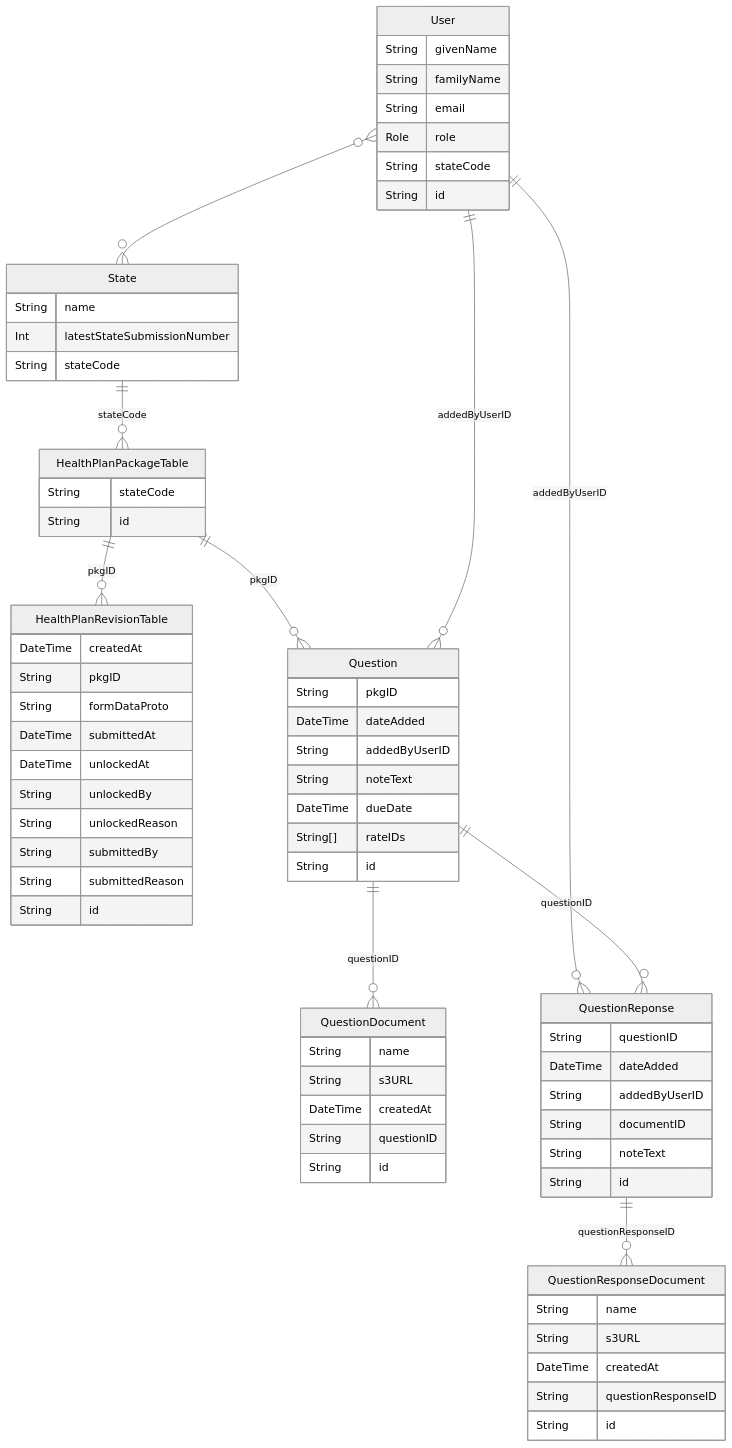
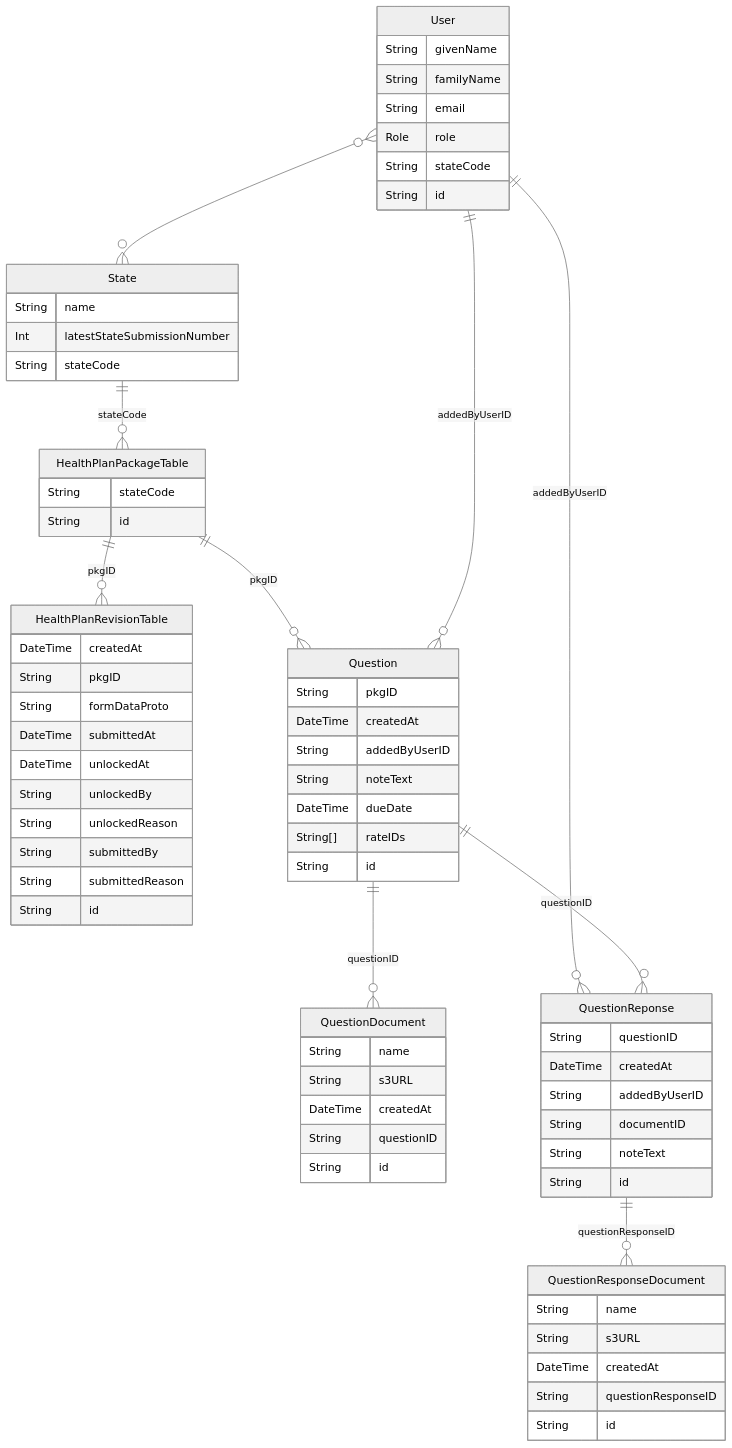
One commit to Enterprise-CMCS/managed-care-review changed the diagram in docs/technical-design/database-diagram.md. Above: the diagram before and after it, drawn with Mermaid (neutral theme). The commit also changed 9 other files, not shown here.

Commit message:
Question table dateAdded to createdAt. Update diagram.

````diff
--- a/docs/technical-design/database-diagram.md
+++ b/docs/technical-design/database-diagram.md
@@ -3,76 +3,76 @@
 ```mermaid
 erDiagram
 
 State {
    String name
    Int latestStateSubmissionNumber
    String stateCode
 }
 HealthPlanPackageTable {
    String stateCode
    String id
 }
 HealthPlanRevisionTable {
    DateTime createdAt
    String pkgID
    String formDataProto
    DateTime submittedAt
    DateTime unlockedAt
    String unlockedBy
    String unlockedReason
    String submittedBy
    String submittedReason
    String id
 }
 Question {
    String pkgID
-   DateTime dateAdded
+   DateTime createdAt
    String addedByUserID
    String noteText
    DateTime dueDate
    String[] rateIDs
    String id
 }
 QuestionDocument {
    String name
    String s3URL
    DateTime createdAt
    String questionID
    String id
 }
 User {
    String givenName
    String familyName
    String email
    Role role
    String stateCode
    String id
 }
 
 QuestionReponse {
     String questionID
-    DateTime dateAdded
+    DateTime createdAt
     String addedByUserID
     String documentID
     String noteText
     String id
 }
 
 QuestionResponseDocument {
    String name
    String s3URL
    DateTime createdAt
    String questionResponseID
    String id
 }
 
 State ||--o{ HealthPlanPackageTable : stateCode
 HealthPlanPackageTable ||--o{ HealthPlanRevisionTable : pkgID
 HealthPlanPackageTable ||--o{ Question : pkgID
 User  ||--o{  Question : addedByUserID
 User  ||--o{  QuestionReponse : addedByUserID
 Question  ||--o{  QuestionDocument : questionID
 Question ||--o{ QuestionReponse: questionID
 QuestionReponse ||--o{ QuestionResponseDocument: questionResponseID
 User  }o--o{  State : ""
 ```
````
